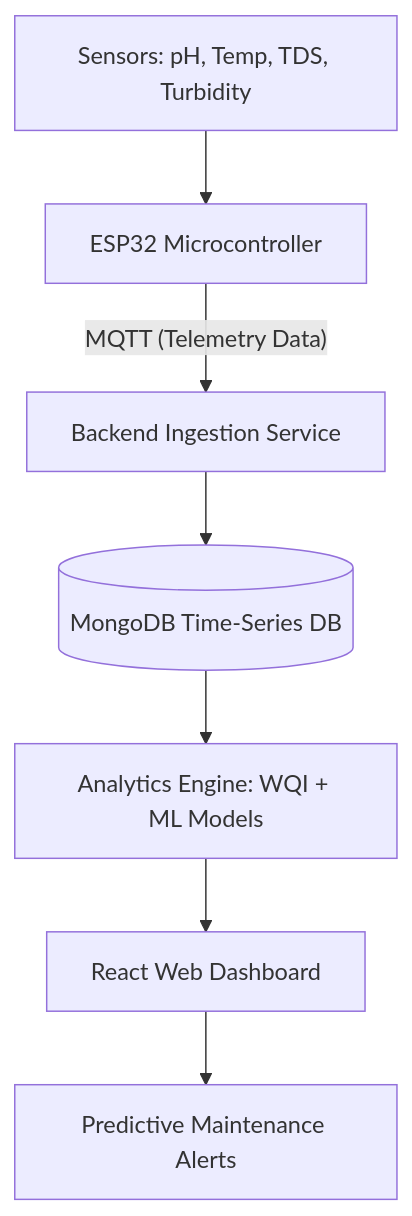
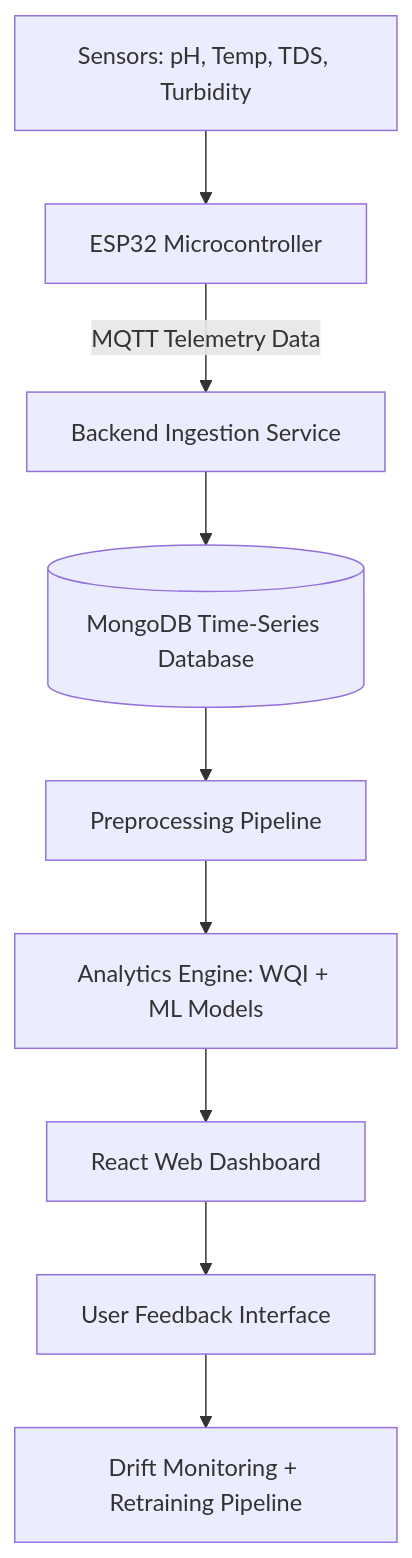
The diagram in README.md (YasinduKaveesha/smart-aquarium-iot-analytics-platform), drawn with Mermaid before and after one commit. The commit also changed other lines of this file, not shown here.

````diff
--- a/README.md
+++ b/README.md
@@ -28,9 +32,11 @@
 ```mermaid
 graph TD
     A[Sensors: pH, Temp, TDS, Turbidity] --> B[ESP32 Microcontroller]
-    B -- "MQTT (Telemetry Data)" --> C[Backend Ingestion Service]
-    C --> D[(MongoDB Time-Series DB)]
-    D --> E[Analytics Engine: WQI + ML Models]
-    E --> F[React Web Dashboard]
-    F --> G[Predictive Maintenance Alerts]
+    B -- "MQTT Telemetry Data" --> C[Backend Ingestion Service]
+    C --> D[(MongoDB Time-Series Database)]
+    D --> E[Preprocessing Pipeline]
+    E --> F[Analytics Engine: WQI + ML Models]
+    F --> G[React Web Dashboard]
+    G --> H[User Feedback Interface]
+    H --> I[Drift Monitoring + Retraining Pipeline]
 ```
````
